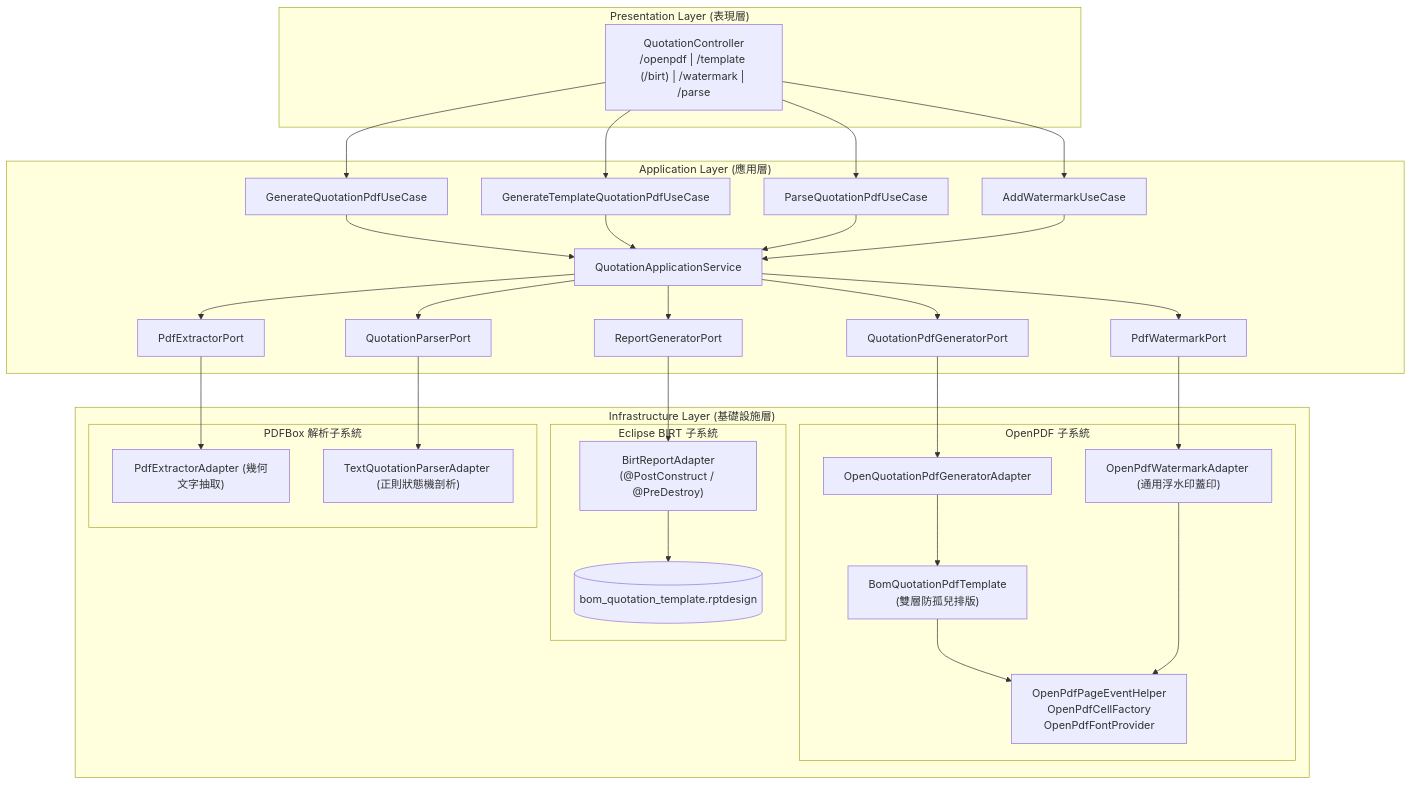
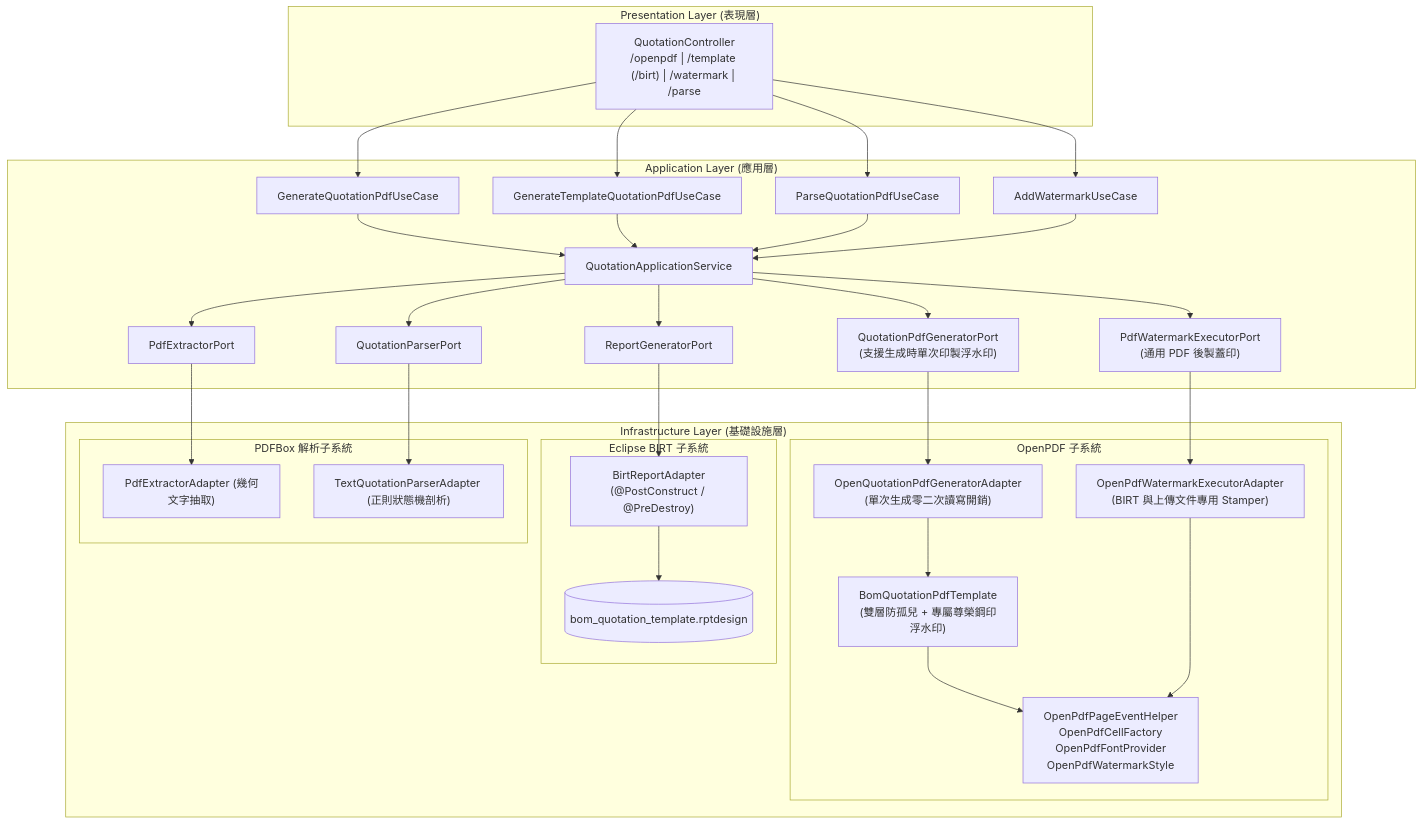
The diagram in doc/design/README.md (nick54785478/pdf-module), drawn with Mermaid before and after one commit. The commit also changed other lines of this file and 15 other files, not shown here.

Commit message:
feat(watermark): implement dual-track watermark architecture with in-flight single-pass rendering, custom styles, and BOM exclusive security seal

````diff
--- a/doc/design/README.md
+++ b/doc/design/README.md
@@ -47,47 +47,47 @@
 ```mermaid
 flowchart TD
     subgraph Presentation ["Presentation Layer (表現層)"]
         Controller["QuotationController<br/>/openpdf | /template (/birt) | /watermark | /parse"]
     end
 
     subgraph Application ["Application Layer (應用層)"]
         InPort1["GenerateQuotationPdfUseCase"]
         InPort2["GenerateTemplateQuotationPdfUseCase"]
         InPort3["ParseQuotationPdfUseCase"]
         InPort4["AddWatermarkUseCase"]
         AppService["QuotationApplicationService"]
-        OutPort1["QuotationPdfGeneratorPort"]
+        OutPort1["QuotationPdfGeneratorPort<br/>(支援生成時單次印製浮水印)"]
         OutPort2["ReportGeneratorPort"]
         OutPort3["PdfExtractorPort"]
         OutPort4["QuotationParserPort"]
-        OutPort5["PdfWatermarkPort"]
+        OutPort5["PdfWatermarkExecutorPort<br/>(通用 PDF 後製蓋印)"]
     end
 
     subgraph Infrastructure ["Infrastructure Layer (基礎設施層)"]
         subgraph OpenPDF_Subsystem ["OpenPDF 子系統"]
-            Adapter1["OpenQuotationPdfGeneratorAdapter"]
-            Adapter5["OpenPdfWatermarkAdapter (通用浮水印蓋印)"]
-            Template1["BomQuotationPdfTemplate<br/>(雙層防孤兒排版)"]
-            Core1["OpenPdfPageEventHelper<br/>OpenPdfCellFactory<br/>OpenPdfFontProvider"]
+            Adapter1["OpenQuotationPdfGeneratorAdapter<br/>(單次生成零二次讀寫開銷)"]
+            Adapter5["OpenPdfWatermarkExecutorAdapter<br/>(BIRT 與上傳文件專用 Stamper)"]
+            Template1["BomQuotationPdfTemplate<br/>(雙層防孤兒 + 專屬尊榮鋼印浮水印)"]
+            Core1["OpenPdfPageEventHelper<br/>OpenPdfCellFactory<br/>OpenPdfFontProvider<br/>OpenPdfWatermarkStyle"]
         end
 
         subgraph BIRT_Subsystem ["Eclipse BIRT 子系統"]
             Adapter2["BirtReportAdapter<br/>(@PostConstruct / @PreDestroy)"]
             RptFile[("bom_quotation_template.rptdesign")]
         end
 
         subgraph PDFBox_Subsystem ["PDFBox 解析子系統"]
             Adapter3["PdfExtractorAdapter (幾何文字抽取)"]
             Adapter4["TextQuotationParserAdapter (正則狀態機剖析)"]
         end
     end
 
     Controller --> InPort1 & InPort2 & InPort3 & InPort4
     InPort1 & InPort2 & InPort3 & InPort4 --> AppService
     AppService --> OutPort1 & OutPort2 & OutPort3 & OutPort4 & OutPort5
     OutPort1 --> Adapter1 --> Template1 --> Core1
     OutPort5 --> Adapter5 --> Core1
     OutPort2 --> Adapter2 --> RptFile
     OutPort3 --> Adapter3
     OutPort4 --> Adapter4
 ```
````
